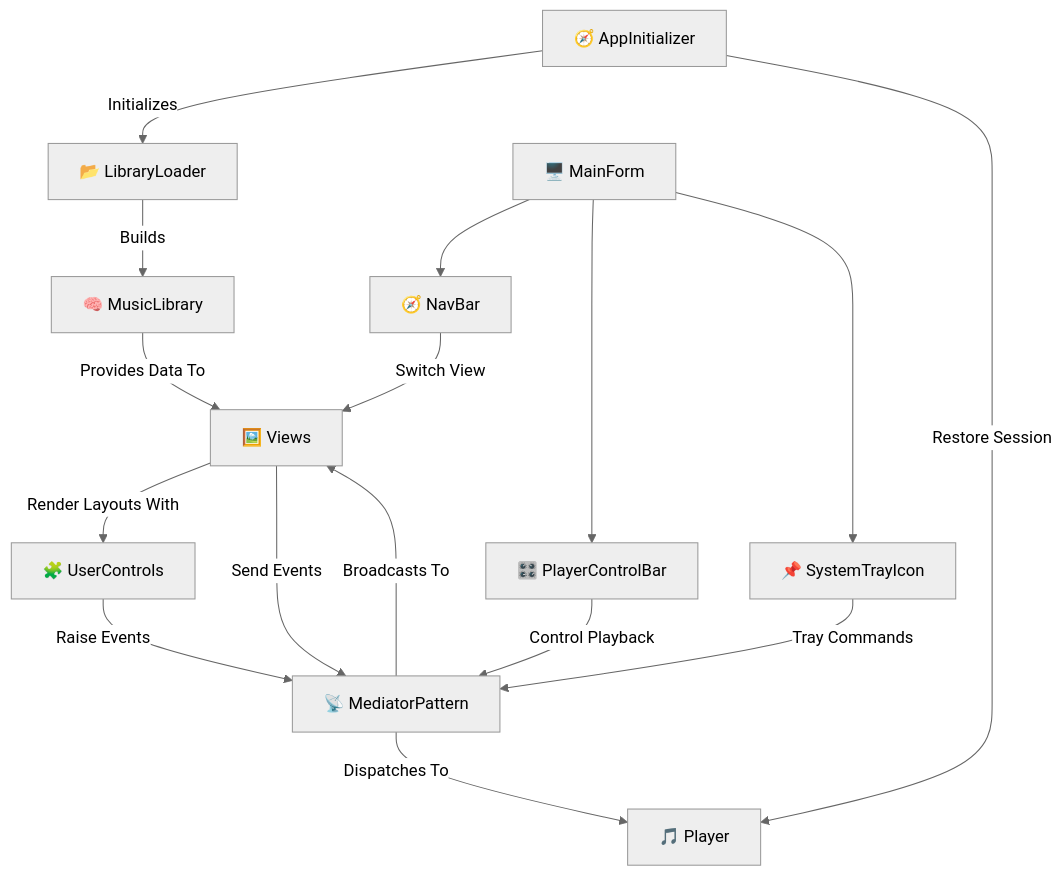
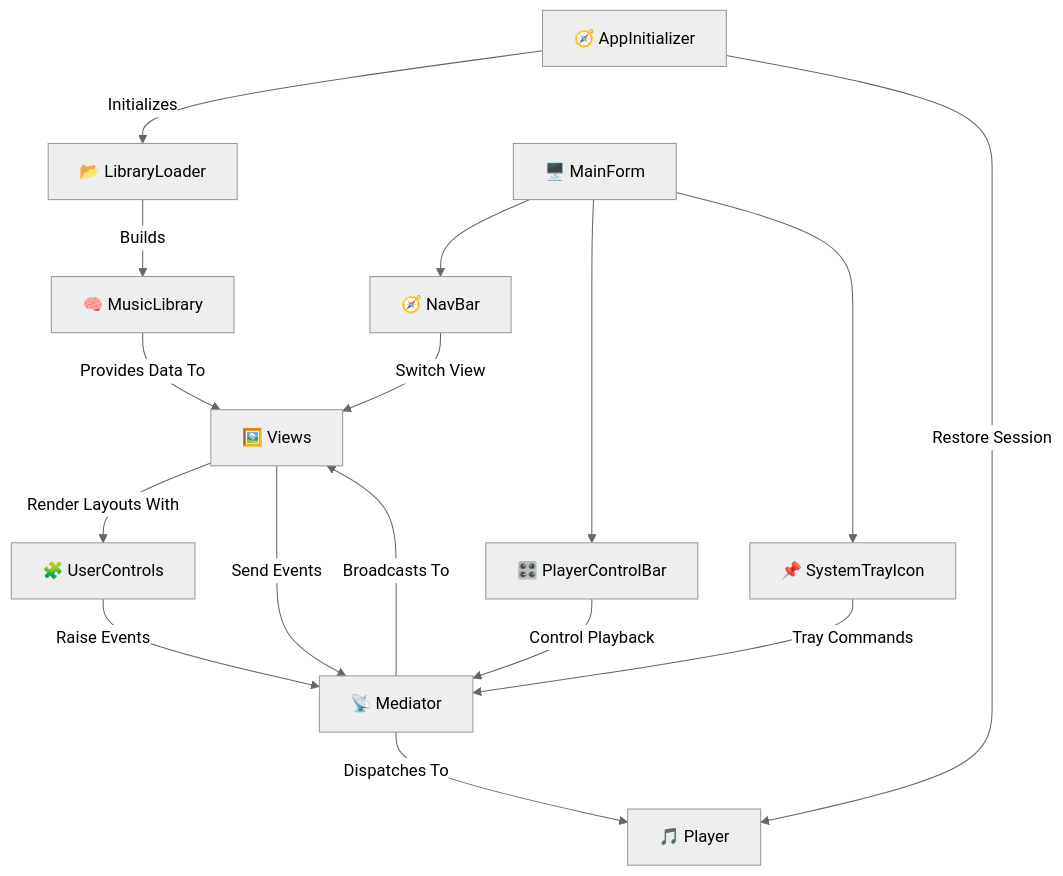
The first of 2 diagrams in docs/components.md (AlexPlec/Audio-256), drawn with Mermaid (neutral theme) before and after one commit. The commit also changed other lines of this file and 1 other file, not shown here.

First line of the commit message:
Rename MediatorPattern references to Mediator in docs

````diff
--- a/docs/components.md
+++ b/docs/components.md
@@ -25,18 +25,18 @@
 ```mermaid
 graph TD
     AppInitializer["🧭 AppInitializer"] -->|Initializes| LibraryLoader["📂 LibraryLoader"]
     LibraryLoader -->|Builds| MusicLibrary["🧠 MusicLibrary"]
     MusicLibrary -->|Provides Data To| Views["🖼️ Views"]
     Views -->|Render Layouts With| UserControls["🧩 UserControls"]
-    Views -->|Send Events| Mediator["📡 MediatorPattern"]
+    Views -->|Send Events| Mediator["📡 Mediator"]
     UserControls -->|Raise Events| Mediator
     Mediator -->|Dispatches To| Player["🎵 Player"]
     Mediator -->|Broadcasts To| Views
     AppInitializer -->|Restore Session| Player
     MainForm["🖥️ MainForm"] --> NavBar["🧭 NavBar"]
     MainForm --> PlayerControlBar["🎛️ PlayerControlBar"]
     MainForm --> SystemTrayIcon["📌 SystemTrayIcon"]
     NavBar -->|Switch View| Views
     PlayerControlBar -->|Control Playback| Mediator
     SystemTrayIcon -->|Tray Commands| Mediator
 ```
````
